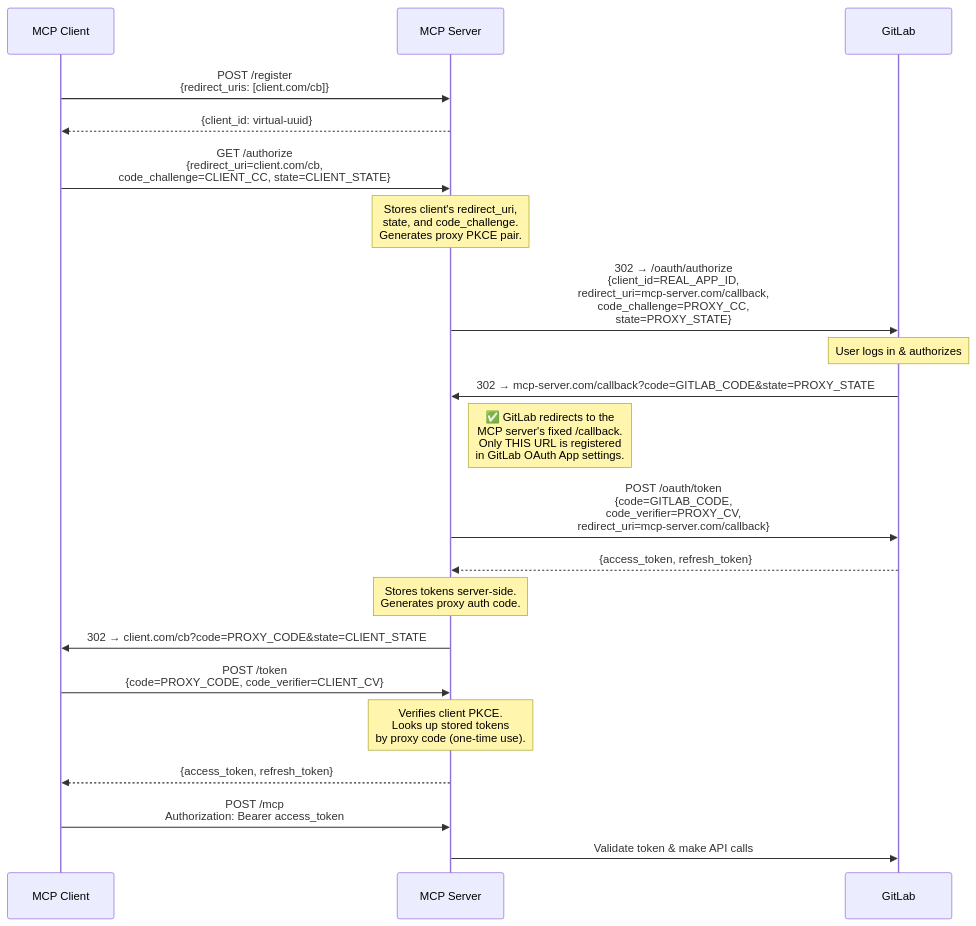
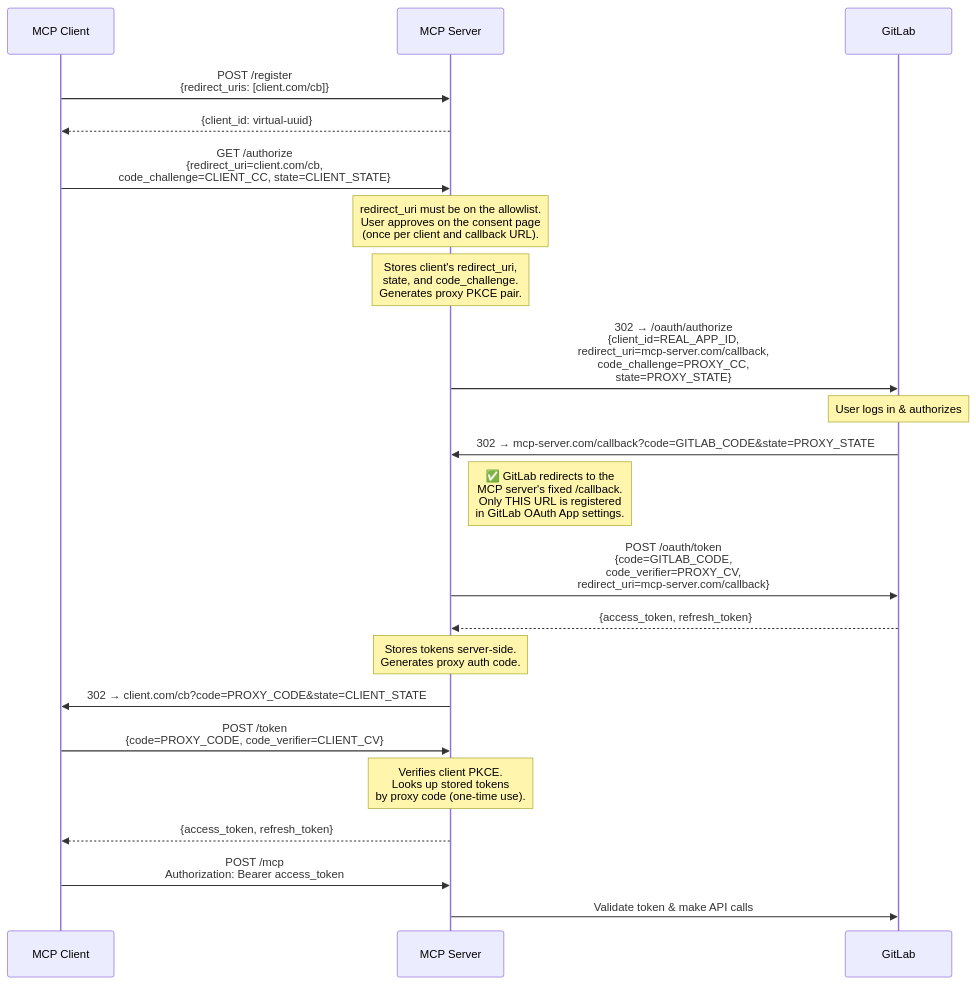
The second of 2 diagrams in docs/auth/oauth-callback-proxy.md (zereight/gitlab-mcp), drawn with Mermaid before and after one commit. The commit also changed other lines of this file and 16 other files, not shown here.

First line of the commit message:
fix(oauth): check client callbacks and ask for consent in callback proxy mode

````diff
--- a/docs/auth/oauth-callback-proxy.md
+++ b/docs/auth/oauth-callback-proxy.md
@@ -85,36 +85,38 @@
 ```mermaid
 sequenceDiagram
     participant Client as MCP Client
     participant Server as MCP Server
     participant GitLab as GitLab
 
     Client->>Server: POST /register<br/>{redirect_uris: [client.com/cb]}
     Server-->>Client: {client_id: virtual-uuid}
 
     Client->>Server: GET /authorize<br/>{redirect_uri=client.com/cb,<br/>code_challenge=CLIENT_CC, state=CLIENT_STATE}
+
+    Note over Server: redirect_uri must be on the allowlist.<br/>User approves on the consent page<br/>(once per client and callback URL).
 
     Note over Server: Stores client's redirect_uri,<br/>state, and code_challenge.<br/>Generates proxy PKCE pair.
 
     Server->>GitLab: 302 → /oauth/authorize<br/>{client_id=REAL_APP_ID,<br/>redirect_uri=mcp-server.com/callback,<br/>code_challenge=PROXY_CC,<br/>state=PROXY_STATE}
 
     Note over GitLab: User logs in & authorizes
 
     GitLab->>Server: 302 → mcp-server.com/callback?code=GITLAB_CODE&state=PROXY_STATE
     Note right of Server: ✅ GitLab redirects to the<br/>MCP server's fixed /callback.<br/>Only THIS URL is registered<br/>in GitLab OAuth App settings.
 
     Server->>GitLab: POST /oauth/token<br/>{code=GITLAB_CODE,<br/>code_verifier=PROXY_CV,<br/>redirect_uri=mcp-server.com/callback}
     GitLab-->>Server: {access_token, refresh_token}
 
     Note over Server: Stores tokens server-side.<br/>Generates proxy auth code.
 
     Server->>Client: 302 → client.com/cb?code=PROXY_CODE&state=CLIENT_STATE
 
     Client->>Server: POST /token<br/>{code=PROXY_CODE, code_verifier=CLIENT_CV}
 
     Note over Server: Verifies client PKCE.<br/>Looks up stored tokens<br/>by proxy code (one-time use).
 
     Server-->>Client: {access_token, refresh_token}
 
     Client->>Server: POST /mcp<br/>Authorization: Bearer access_token
     Server->>GitLab: Validate token & make API calls
 ```
````
